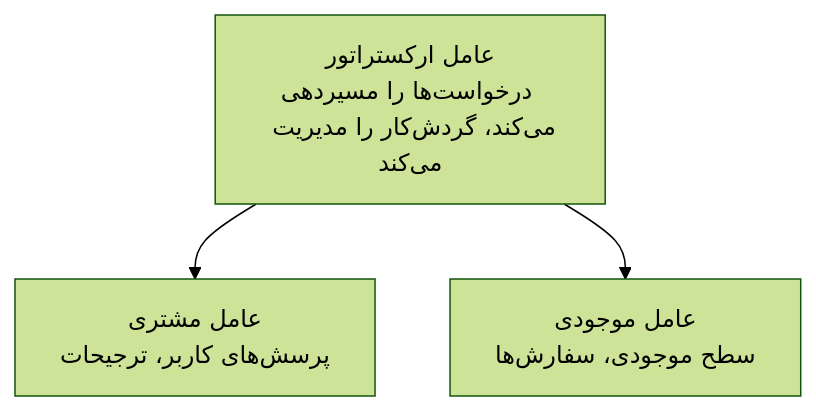
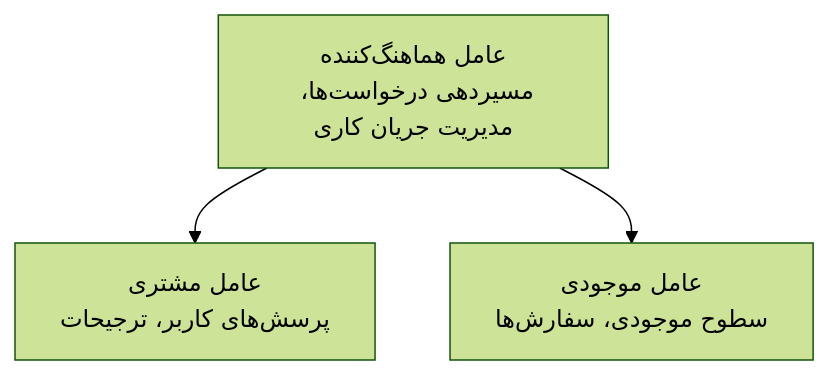
Before and after one commit to microsoft/AZD-for-beginners: the diagram in translations/fa/docs/chapter-05-multi-agent/README.md, drawn with Mermaid (forest theme). The commit also changed other lines of this file and 101 other files, not shown here.

````diff
--- a/translations/fa/docs/chapter-05-multi-agent/README.md
+++ b/translations/fa/docs/chapter-05-multi-agent/README.md
@@ -50,5 +52,5 @@
 ```mermaid
 graph TD
-    Orchestrator[عامل ارکستراتور<br/>درخواست‌ها را مسیردهی می‌کند، گردش‌کار را مدیریت می‌کند] --> Customer[عامل مشتری<br/>پرسش‌های کاربر، ترجیحات]
-    Orchestrator --> Inventory[عامل موجودی<br/>سطح موجودی، سفارش‌ها]
+    Orchestrator[عامل هماهنگ‌کننده<br/>مسیر‌دهی درخواست‌ها، مدیریت جریان کاری] --> Customer[عامل مشتری<br/>پرسش‌های کاربر، ترجیحات]
+    Orchestrator --> Inventory[عامل موجودی<br/>سطوح موجودی، سفارش‌ها]
 ```
````
